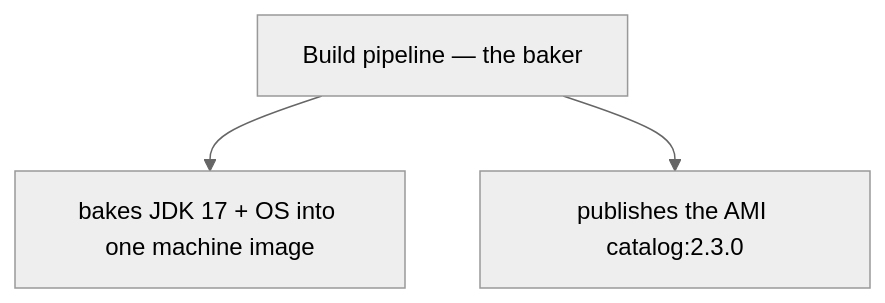
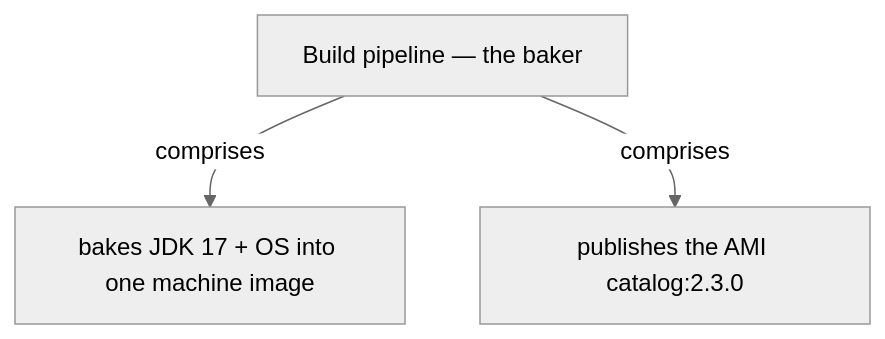
One commit to vinayakuber/microservices-io-study-guide changed the fifth of 13 diagrams in docs/ch38-service-per-vm.md. Above: the diagram before and after it, drawn with Mermaid (neutral theme). The commit also changed other lines of this file and 71 other files, not shown here.

First line of the commit message:
R18: label every diagram arrow with its meaning

````diff
--- a/docs/ch38-service-per-vm.md
+++ b/docs/ch38-service-per-vm.md
@@ -196,6 +196,6 @@
 ```mermaid
 flowchart TD
   R["Build pipeline — the baker"]
-  R --> P0["bakes JDK 17 + OS into one machine image"]
-  R --> P1["publishes the AMI catalog:2.3.0"]
+  R -->|"comprises"| P0["bakes JDK 17 + OS into one machine image"]
+  R -->|"comprises"| P1["publishes the AMI catalog:2.3.0"]
 ```
````
